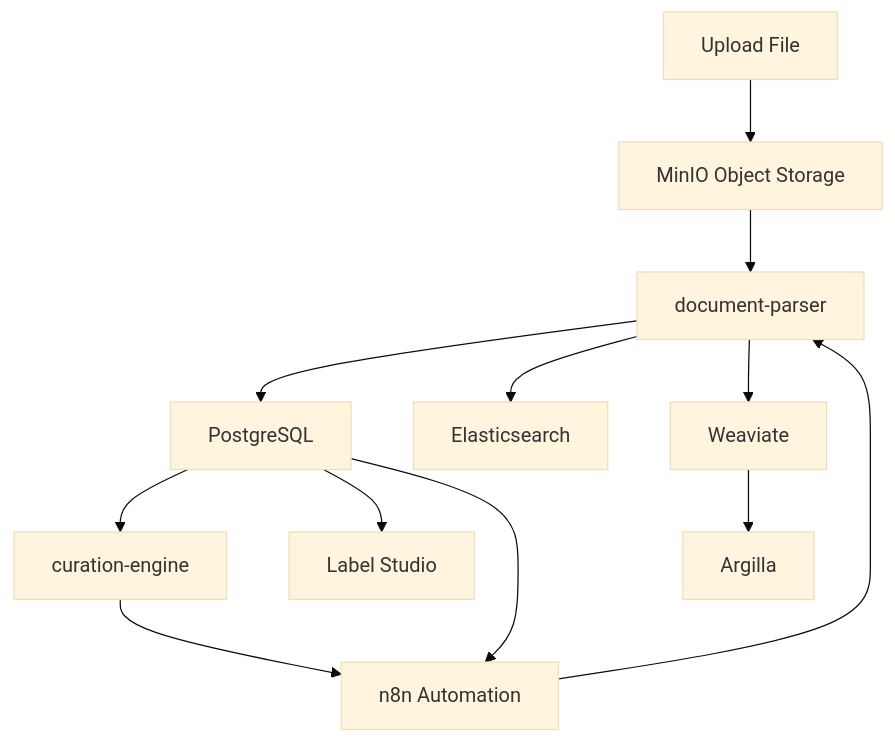
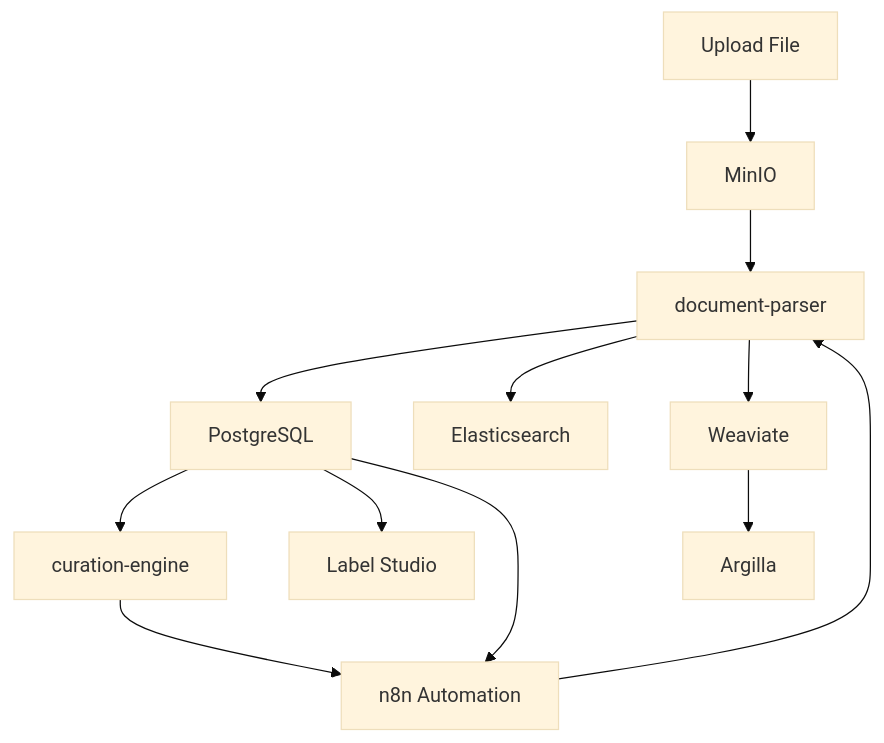
One commit to eooo-io/semblance-curation changed the diagram in README.md. Above: the diagram before and after it, drawn with Mermaid (base theme). The commit also changed other lines of this file, not shown here.

````diff
--- a/README.md
+++ b/README.md
@@ -52,14 +51,14 @@
 ```mermaid
 graph TD
-    A[Upload File] --> B[MinIO Object Storage]
+    A[Upload File] --> B[MinIO]
     B --> C[document-parser]
     C --> D[PostgreSQL]
     C --> E[Elasticsearch]
     C --> F[Weaviate]
     D --> G[curation-engine]
     F --> H[Argilla]
     D --> I[Label Studio]
     D --> J[n8n Automation]
     G --> J
     J --> C
 ```
````
